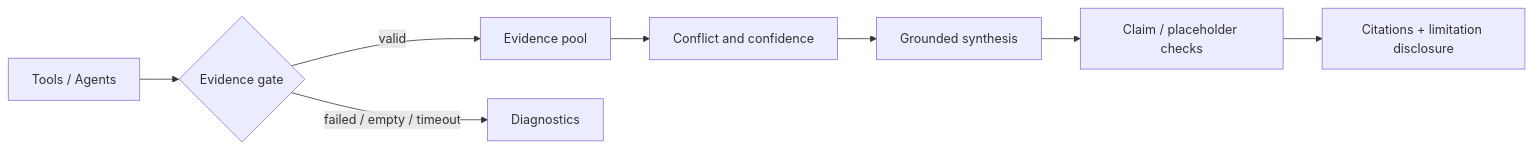
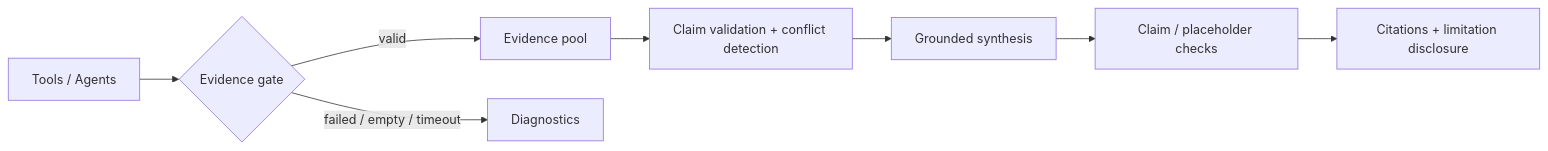
The diagram in docs/HALLUCINATION_MITIGATION.md (kkkano/FinSight), drawn with Mermaid before and after one commit. The commit also changed other lines of this file and 565 other files, not shown here.

````diff
--- a/docs/HALLUCINATION_MITIGATION.md
+++ b/docs/HALLUCINATION_MITIGATION.md
@@ -7,10 +7,10 @@
 ```mermaid
 flowchart LR
     TOOL[Tools / Agents] --> GATE{Evidence gate}
     GATE -->|valid| POOL[Evidence pool]
     GATE -->|failed / empty / timeout| DIAG[Diagnostics]
-    POOL --> DEBATE[Conflict and confidence]
-    DEBATE --> SYNTH[Grounded synthesis]
+    POOL --> CLAIMS[Claim validation + conflict detection]
+    CLAIMS --> SYNTH[Grounded synthesis]
     SYNTH --> SCRUB[Claim / placeholder checks]
     SCRUB --> RENDER[Citations + limitation disclosure]
 ```
````
